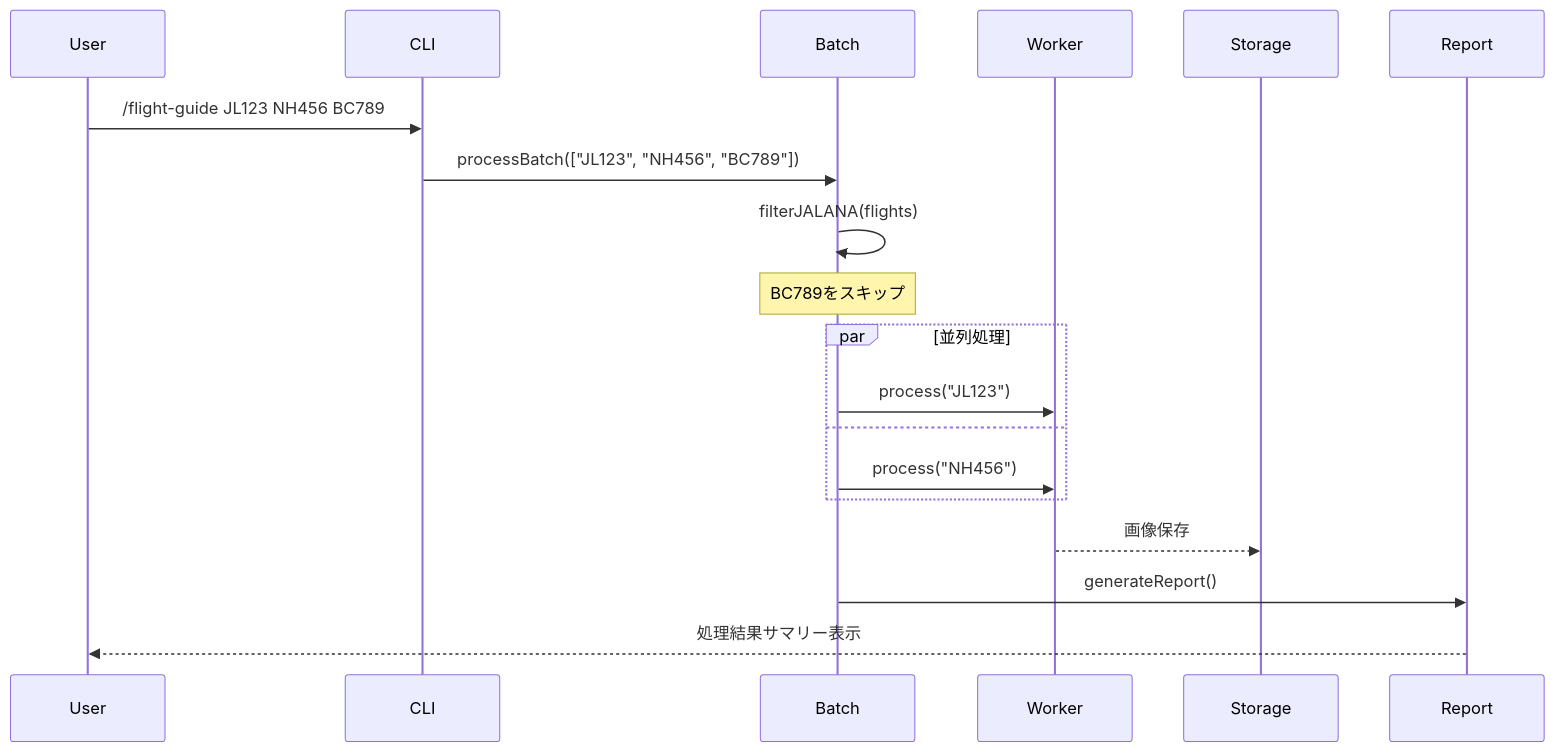
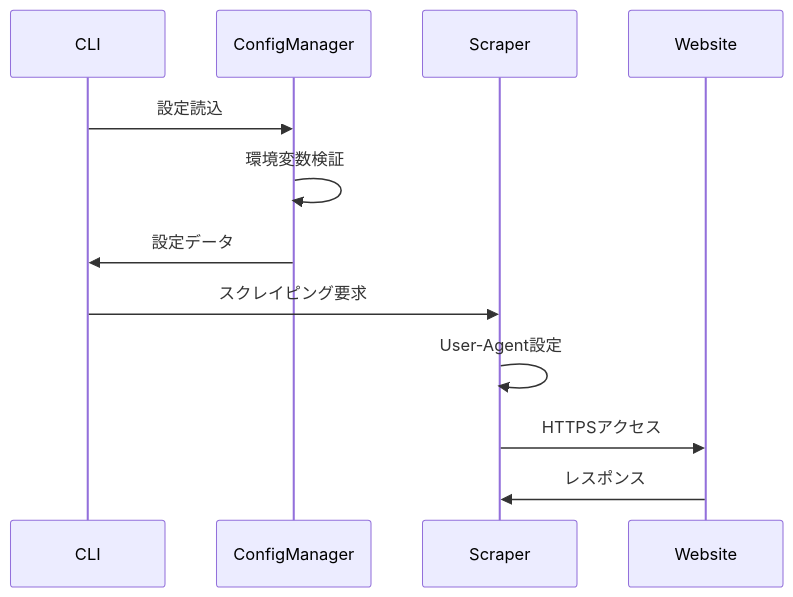
One commit to wh3at/hex changed the fourth of 5 diagrams in .kiro/specs/flight-guide-generator/design.md. Above: the diagram before and after it, drawn with Mermaid. The commit also changed other lines of this file and 2 other files, not shown here.

First line of the commit message:
feat: flight-guide-generator の設計と実装タスクを完成

````diff
--- a/.kiro/specs/flight-guide-generator/design.md
+++ b/.kiro/specs/flight-guide-generator/design.md
@@ -125,24 +300,15 @@
 ```mermaid
 sequenceDiagram
-    participant User
     participant CLI
-    participant Batch
-    participant Worker
-    participant Storage
-    participant Report
+    participant ConfigManager
+    participant Scraper
+    participant Website
     
-    User->>CLI: /flight-guide JL123 NH456 BC789
-    CLI->>Batch: processBatch(["JL123", "NH456", "BC789"])
-    Batch->>Batch: filterJALANA(flights)
-    Note over Batch: BC789をスキップ
-    
-    par 並列処理
-        Batch->>Worker: process("JL123")
-        and
-        Batch->>Worker: process("NH456")
-    end
-    
-    Worker-->>Storage: 画像保存
-    Batch->>Report: generateReport()
-    Report-->>User: 処理結果サマリー表示
+    CLI->>ConfigManager: 設定読込
+    ConfigManager->>ConfigManager: 環境変数検証
+    ConfigManager->>CLI: 設定データ
+    CLI->>Scraper: スクレイピング要求
+    Scraper->>Scraper: User-Agent設定
+    Scraper->>Website: HTTPSアクセス
+    Website->>Scraper: レスポンス
 ```
````
